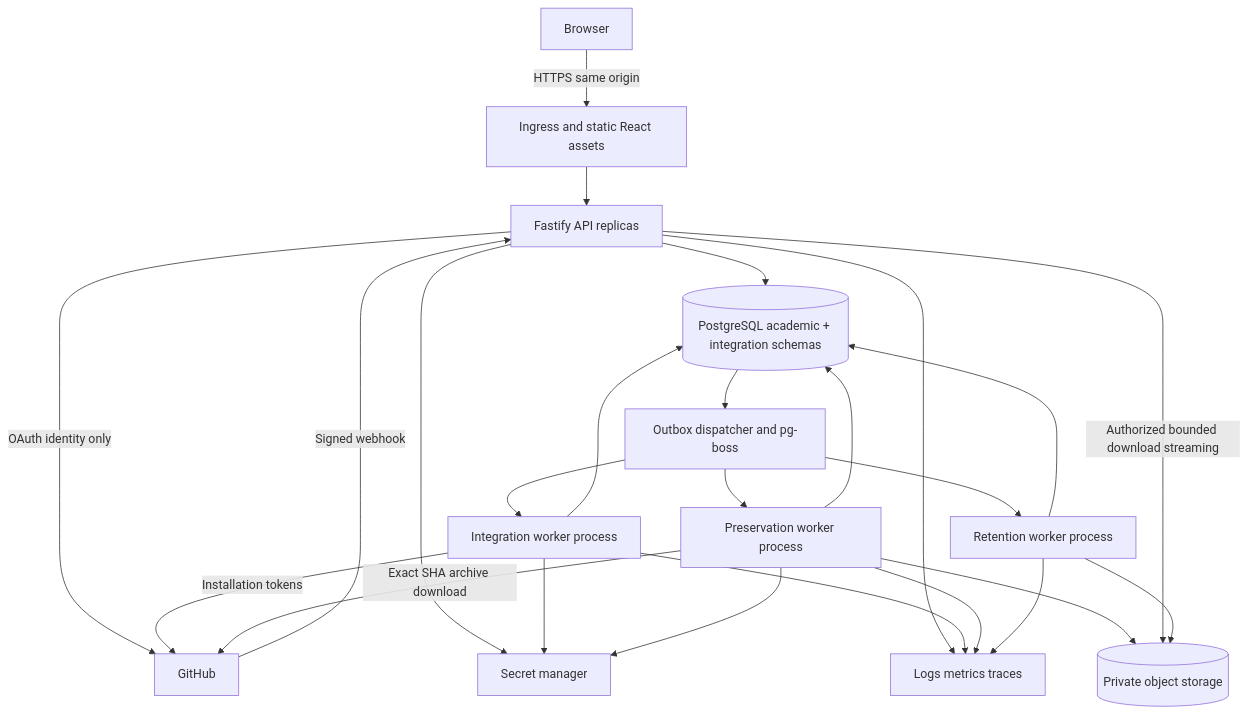
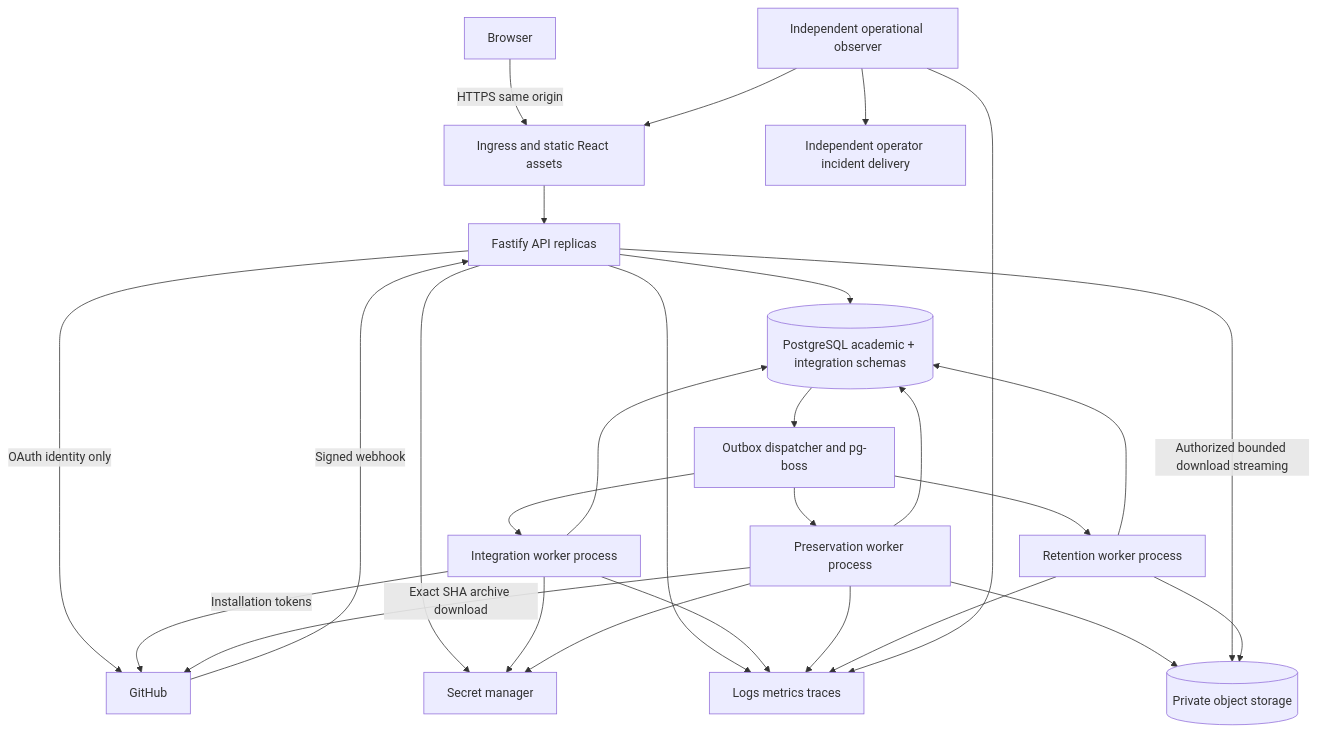
Before and after one commit to coffebeltran-hue/Proyecto-Classroom: the diagram in _bmad-output/planning-artifacts/architecture/architecture-Proyecto-Desarrollo-2026-09-11/ARCHITECTURE.md, drawn with Mermaid. The commit also changed other lines of this file and 88 other files, not shown here.

````diff
--- a/_bmad-output/planning-artifacts/architecture/architecture-Proyecto-Desarrollo-2026-09-11/ARCHITECTURE.md
+++ b/_bmad-output/planning-artifacts/architecture/architecture-Proyecto-Desarrollo-2026-09-11/ARCHITECTURE.md
@@ -5,27 +5,30 @@
 ```mermaid
 flowchart TB
   U[Browser] -->|HTTPS same origin| E[Ingress and static React assets]
   E --> A[Fastify API replicas]
   GH[GitHub] -->|Signed webhook| A
   A --> DB[(PostgreSQL academic + integration schemas)]
   A -->|OAuth identity only| GH
   DB --> D[Outbox dispatcher and pg-boss]
   D --> W[Integration worker process]
   D --> P[Preservation worker process]
   W -->|Installation tokens| GH
   P -->|Exact SHA archive download| GH
   P --> O[(Private object storage)]
   A -->|Authorized bounded download streaming| O
   D --> R[Retention worker process]
   R --> O
   W --> DB
   P --> DB
   R --> DB
   A --> S[Secret manager]
   W --> S
   P --> S
   A --> M[Logs metrics traces]
   W --> M
   P --> M
   R --> M
+  H[Independent operational observer] --> E
+  H --> M
+  H --> N[Independent operator incident delivery]
 ```
````
